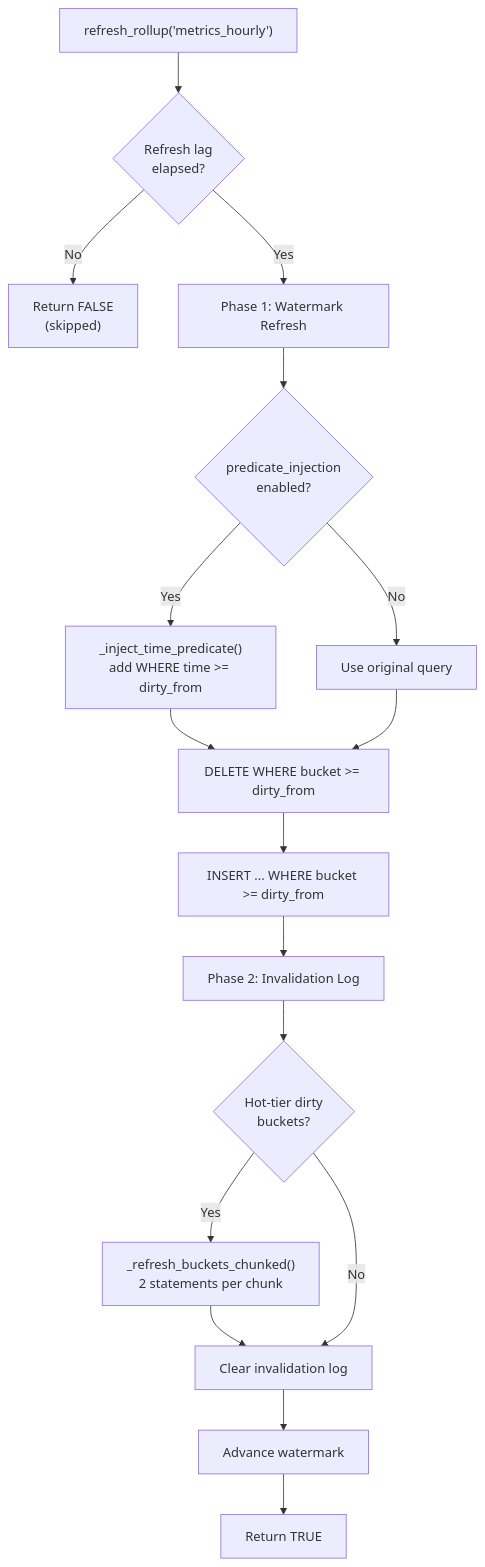
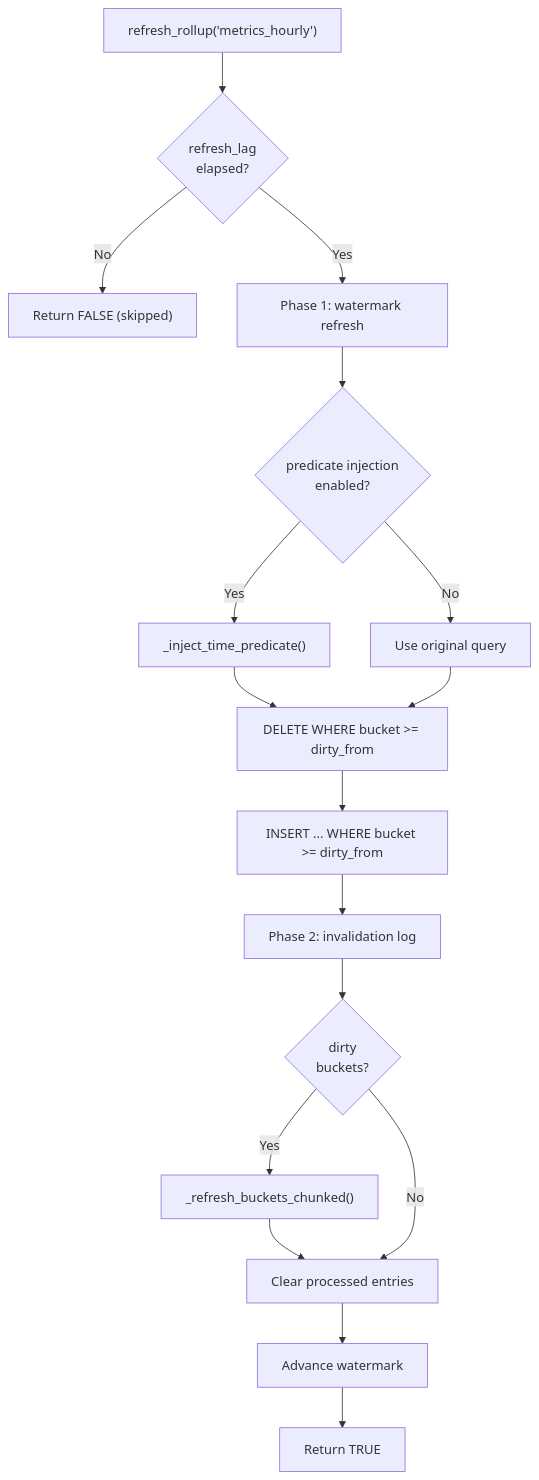
One commit to databricks-solutions/lakets changed the third of 3 diagrams in website/docs/guides/how-it-works/rollups.md. Above: the diagram before and after it, drawn with Mermaid. The commit also changed other lines of this file and 128 other files, not shown here.

````diff
--- a/website/docs/guides/how-it-works/rollups.md
+++ b/website/docs/guides/how-it-works/rollups.md
@@ -326,33 +200,28 @@
 ```mermaid
 flowchart TB
     START["refresh_rollup('metrics_hourly')"]
-    LAG{"Refresh lag<br/>elapsed?"}
-    SKIP["Return FALSE<br/>(skipped)"]
-
-    P1["Phase 1: Watermark Refresh"]
-    PRED{"predicate_injection<br/>enabled?"}
-    INJ["_inject_time_predicate()<br/>add WHERE time >= dirty_from"]
+    LAG{"refresh_lag<br/>elapsed?"}
+    SKIP["Return FALSE (skipped)"]
+    P1["Phase 1: watermark refresh"]
+    PRED{"predicate injection<br/>enabled?"}
+    INJ["_inject_time_predicate()"]
     NOINJ["Use original query"]
     DEL1["DELETE WHERE bucket >= dirty_from"]
     INS1["INSERT ... WHERE bucket >= dirty_from"]
-
-    P2["Phase 2: Invalidation Log"]
-    DIRTY{"Hot-tier dirty<br/>buckets?"}
-    BATCH["_refresh_buckets_chunked()<br/>2 statements per chunk"]
-    CLEAR["Clear invalidation log"]
-
+    P2["Phase 2: invalidation log"]
+    DIRTY{"dirty<br/>buckets?"}
+    BATCH["_refresh_buckets_chunked()"]
+    CLEAR["Clear processed entries"]
     WM["Advance watermark"]
     DONE["Return TRUE"]
 
     START --> LAG
     LAG -- No --> SKIP
-    LAG -- Yes --> P1
-    P1 --> PRED
+    LAG -- Yes --> P1 --> PRED
     PRED -- Yes --> INJ --> DEL1
     PRED -- No --> NOINJ --> DEL1
-    DEL1 --> INS1 --> P2
-    P2 --> DIRTY
+    DEL1 --> INS1 --> P2 --> DIRTY
     DIRTY -- Yes --> BATCH --> CLEAR
     DIRTY -- No --> CLEAR
     CLEAR --> WM --> DONE
 ```
````
